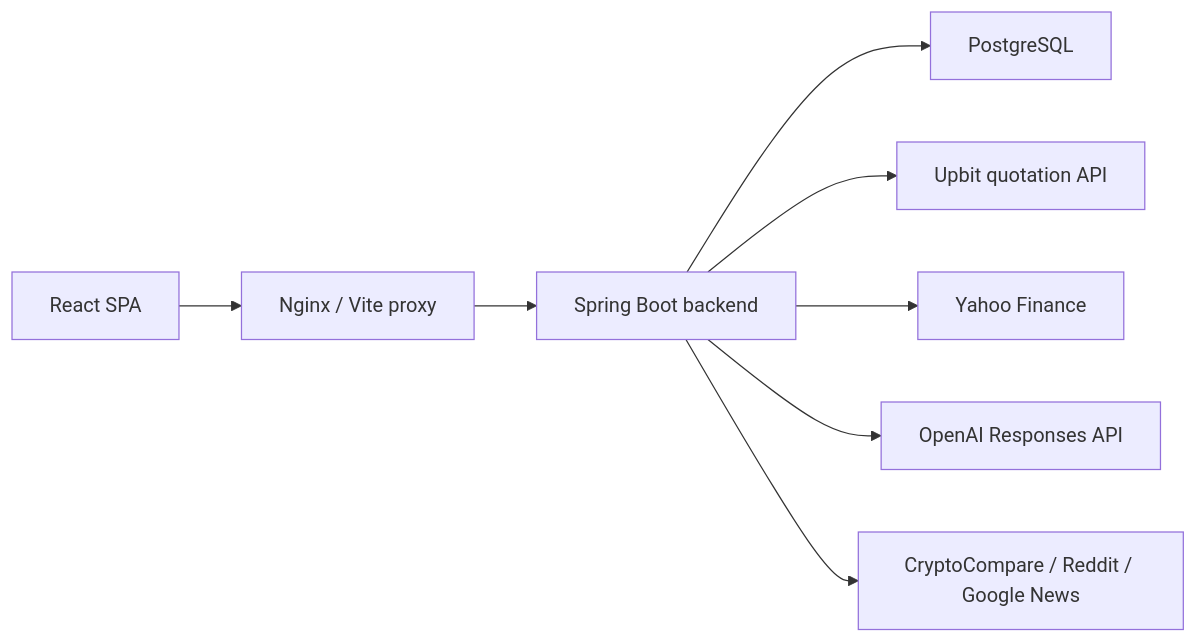
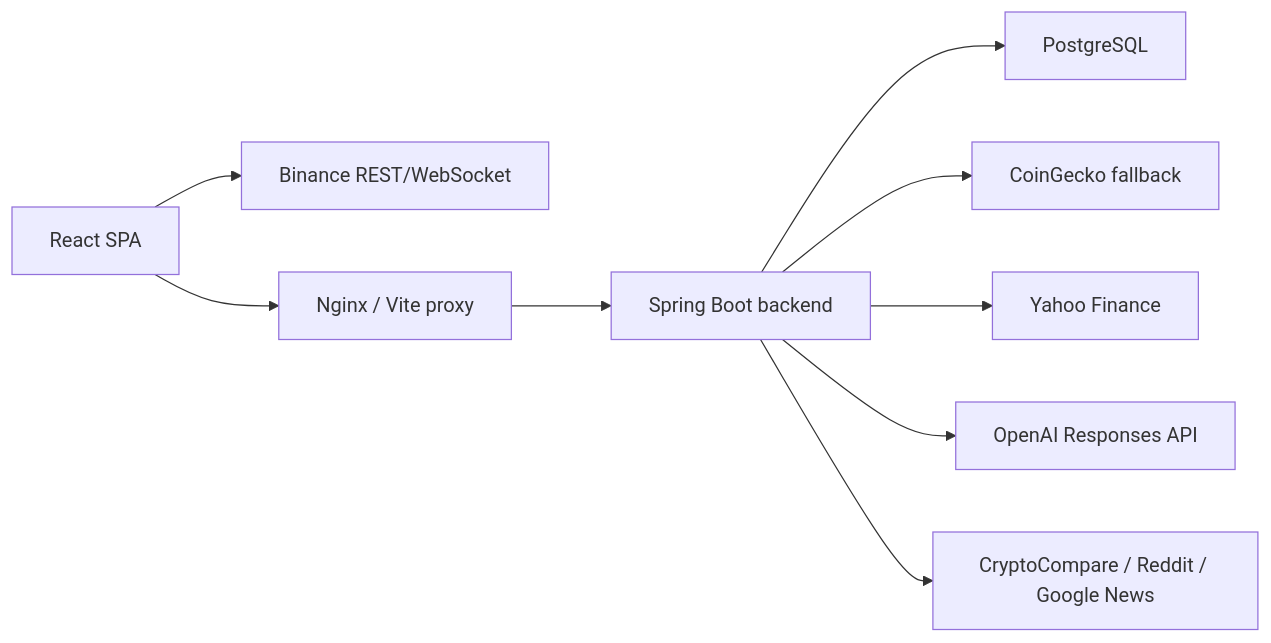
One commit to Youkjooyoung/ticoin changed the diagram in docs/ARCHITECTURE.md. Above: the diagram before and after it, drawn with Mermaid. The commit also changed other lines of this file and 29 other files, not shown here.

````diff
--- a/docs/ARCHITECTURE.md
+++ b/docs/ARCHITECTURE.md
@@ -7,19 +7,21 @@
 ```mermaid
 flowchart LR
   Browser["React SPA"]
+  Binance["Binance REST/WebSocket"]
   Nginx["Nginx / Vite proxy"]
   Backend["Spring Boot backend"]
   DB["PostgreSQL"]
-  Upbit["Upbit quotation API"]
+  CoinGecko["CoinGecko fallback"]
   Yahoo["Yahoo Finance"]
   OpenAI["OpenAI Responses API"]
   News["CryptoCompare / Reddit / Google News"]
 
+  Browser --> Binance
   Browser --> Nginx
   Nginx --> Backend
   Backend --> DB
-  Backend --> Upbit
+  Backend --> CoinGecko
   Backend --> Yahoo
   Backend --> OpenAI
   Backend --> News
 ```
````
